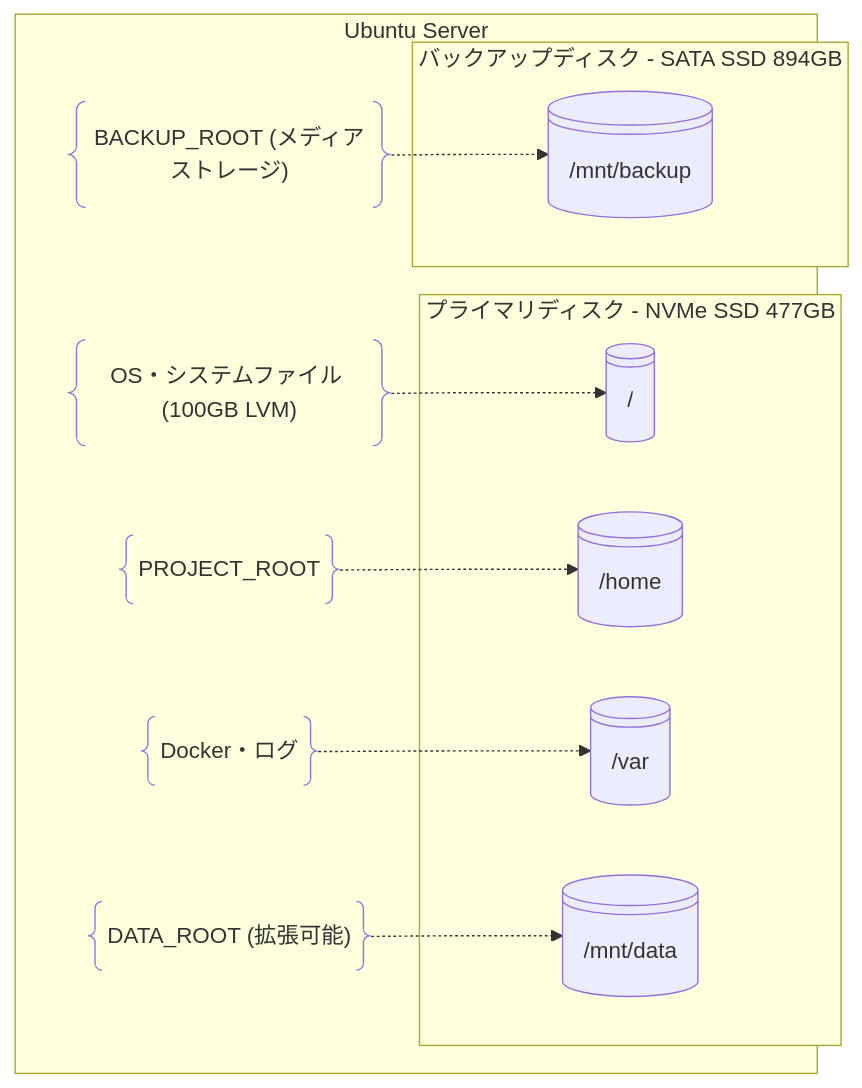
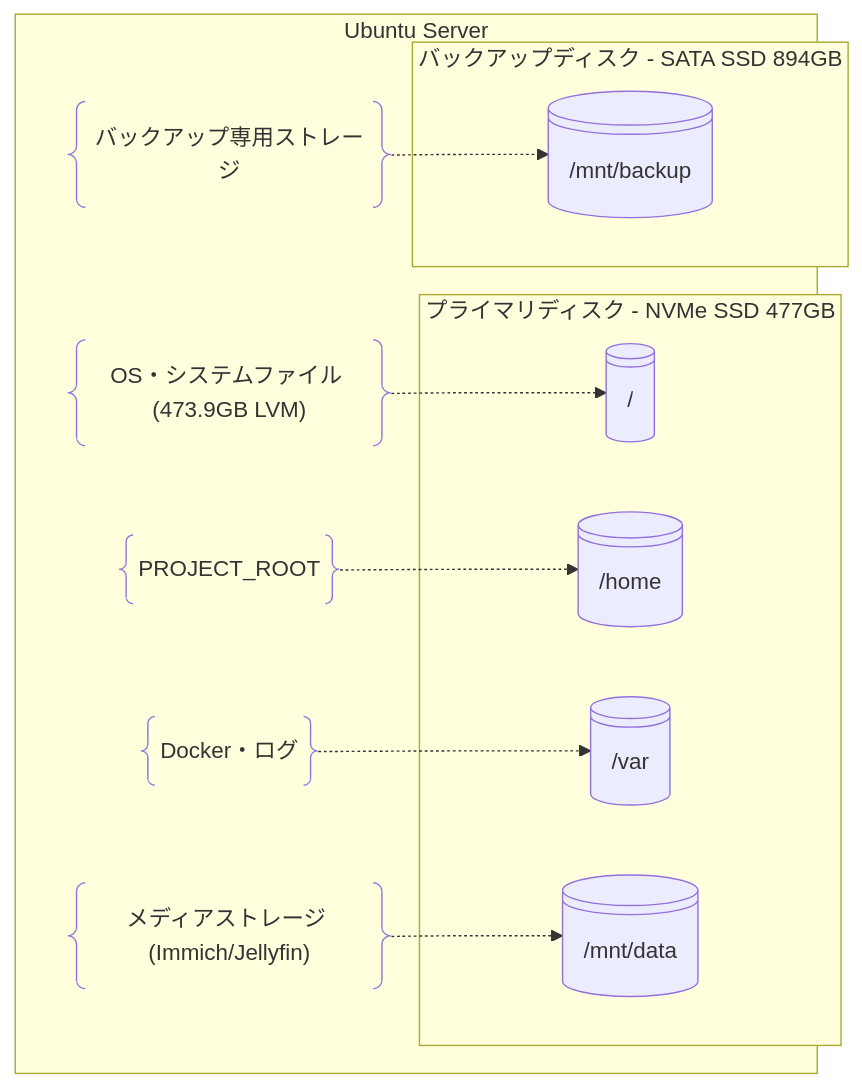
One commit to nuitsjp/ManageMediaServer changed the diagram in docs/design/server-configuration.md. Above: the diagram before and after it, drawn with Mermaid. The commit also changed other lines of this file, not shown here.

````diff
--- a/docs/design/server-configuration.md
+++ b/docs/design/server-configuration.md
@@ -38,27 +38,27 @@
 ```mermaid
 flowchart TD
     subgraph LinuxServer[Ubuntu Server]
         subgraph PrimaryDisk[プライマリディスク - NVMe SSD 477GB]
             Root@{ shape: lin-cyl, label: "/" }
             Home@{ shape: lin-cyl, label: "/home" }
             Var@{ shape: lin-cyl, label: "/var" }
-            DataMount@{ shape: lin-cyl, label: "/mnt/data" }
+            MediaMount@{ shape: lin-cyl, label: "/mnt/data" }
         end
         
         subgraph BackupDisk[バックアップディスク - SATA SSD 894GB]
             BackupMount@{ shape: lin-cyl, label: "/mnt/backup" }
         end
 
-        Root-note@{ shape: braces, label: "OS・システムファイル (100GB LVM)" }
+        Root-note@{ shape: braces, label: "OS・システムファイル (473.9GB LVM)" }
         Home-note@{ shape: braces, label: "PROJECT_ROOT" }
         Var-note@{ shape: braces, label: "Docker・ログ" }
-        Data-note@{ shape: braces, label: "DATA_ROOT (拡張可能)" }
-        Backup-note@{ shape: braces, label: "BACKUP_ROOT (メディアストレージ)" }
+        Data-note@{ shape: braces, label: "メディアストレージ (Immich/Jellyfin)" }
+        Backup-note@{ shape: braces, label: "バックアップ専用ストレージ" }
 
         Root-note -.-> Root
         Home-note -.-> Home
         Var-note -.-> Var
-        Data-note -.-> DataMount
+        Data-note -.-> MediaMount
         Backup-note -.-> BackupMount
     end
 ```
````
